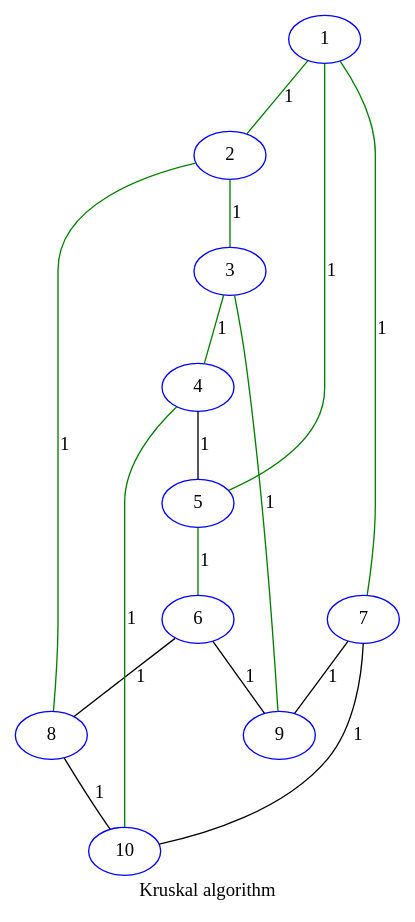
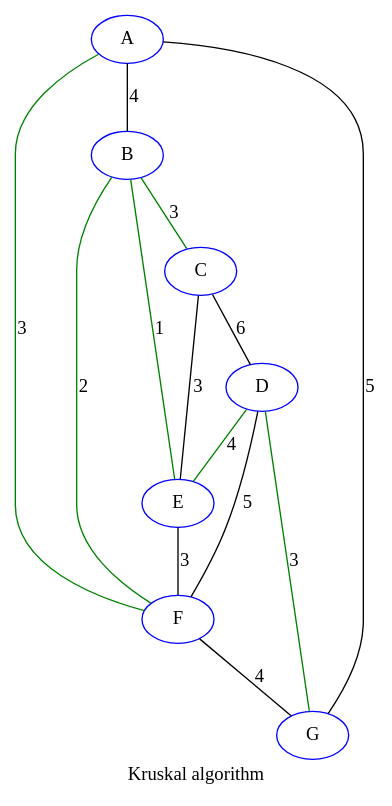
Before and after one commit to sallareznov/m1s2: the diagram in AeA/partie2/tp2/kruskal.dot, drawn with Graphviz. The commit also changed 6 other files, not shown here.

```diff
--- a/AeA/partie2/tp2/kruskal.dot
+++ b/AeA/partie2/tp2/kruskal.dot
@@ -1,28 +1,23 @@
 graph {
 label="Kruskal algorithm"
-6 [color=blue]
-10 [color=blue]
-5 [color=blue]
-8 [color=blue]
-7 [color=blue]
-2 [color=blue]
-1 [color=blue]
-4 [color=blue]
-3 [color=blue]
-9 [color=blue]
-1--2[label="1",color=green]
-1--5[label="1",color=green]
-1--7[label="1",color=green]
-2--3[label="1",color=green]
-2--8[label="1",color=green]
-3--4[label="1",color=green]
-3--9[label="1",color=green]
-4--5[label="1"]
-4--10[label="1",color=green]
-5--6[label="1",color=green]
-6--8[label="1"]
-6--9[label="1"]
-7--9[label="1"]
-7--10[label="1"]
-8--10[label="1"]
+G [color=blue]
+E [color=blue]
+F [color=blue]
+C [color=blue]
+D [color=blue]
+A [color=blue]
+B [color=blue]
+A--B[label="4"]
+A--F[label="3",color=green]
+A--G[label="5"]
+B--C[label="3",color=green]
+B--E[label="1",color=green]
+B--F[label="2",color=green]
+C--E[label="3"]
+C--D[label="6"]
+D--E[label="4",color=green]
+D--F[label="5"]
+D--G[label="3",color=green]
+E--F[label="3"]
+F--G[label="4"]
 }
```
